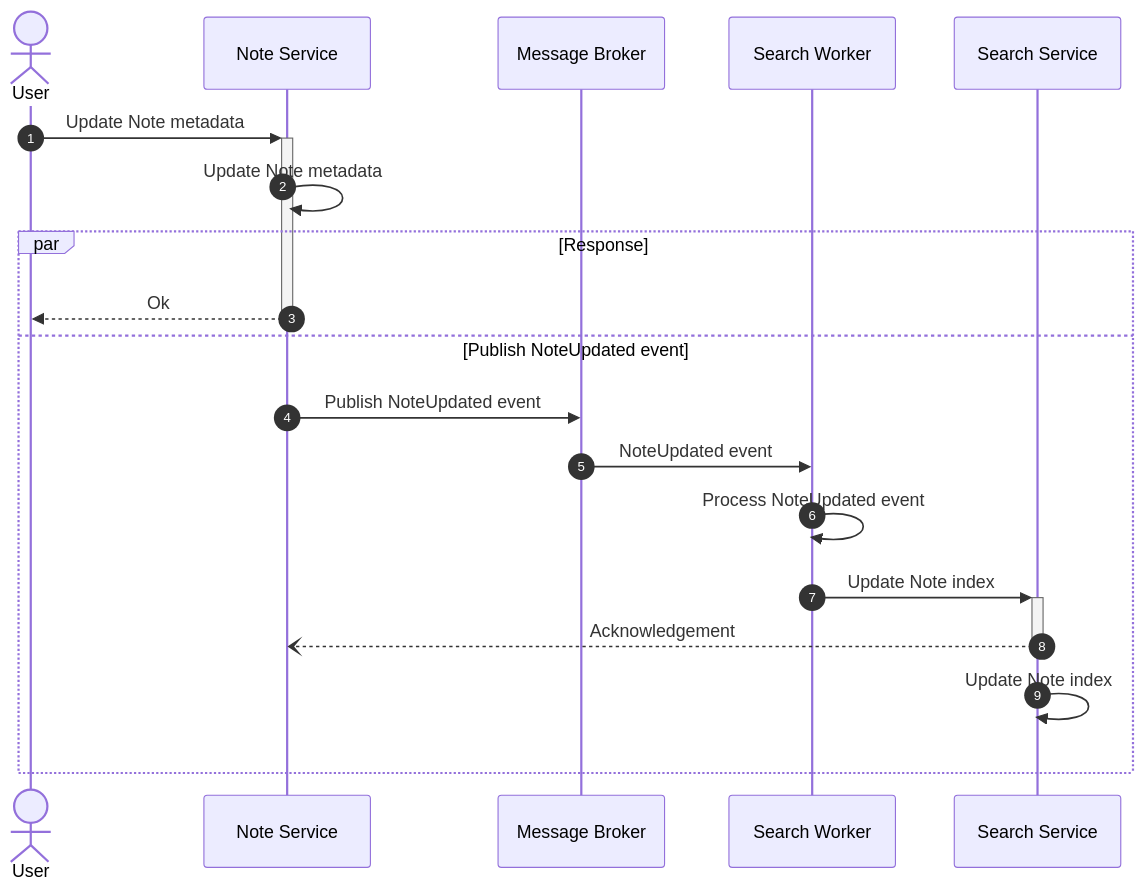
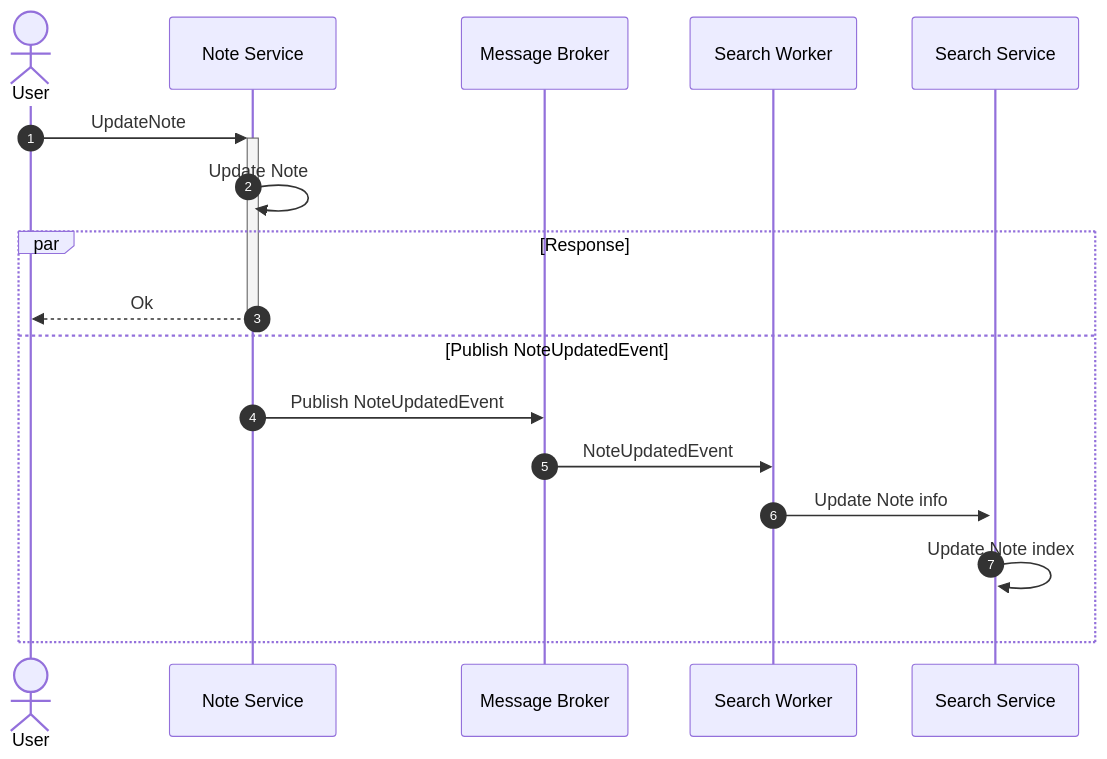
One commit to notopia-uit/notopia changed the fourth of 5 diagrams in docs/src/references/activity/note.md. Above: the diagram before and after it, drawn with Mermaid. The commit also changed other lines of this file and 63 other files, not shown here.

````diff
--- a/docs/src/references/activity/note.md
+++ b/docs/src/references/activity/note.md
@@ -121,23 +110,21 @@
 ```mermaid
 sequenceDiagram
     autonumber
 
     actor U as User
     participant NS as Note Service
     participant MB as Message Broker
     participant SW as Search Worker
     participant SS as Search Service
 
-    U->>+NS: Update Note metadata
-    NS->>NS: Update Note metadata
+    U->>+NS: UpdateNote
+    NS->>NS: Update Note
     par Response
         NS-->>-U: Ok
-    and Publish NoteUpdated event
-        NS->>MB: Publish NoteUpdated event
-        MB->>SW: NoteUpdated event
-        SW->>SW: Process NoteUpdated event
-        SW->>+SS: Update Note index
-        SS--)-NS: Acknowledgement
+    and Publish NoteUpdatedEvent
+        NS->>MB: Publish NoteUpdatedEvent
+        MB->>SW: NoteUpdatedEvent
+        SW->>+SS: Update Note info
         SS->>+SS: Update Note index
     end
 ```
````
